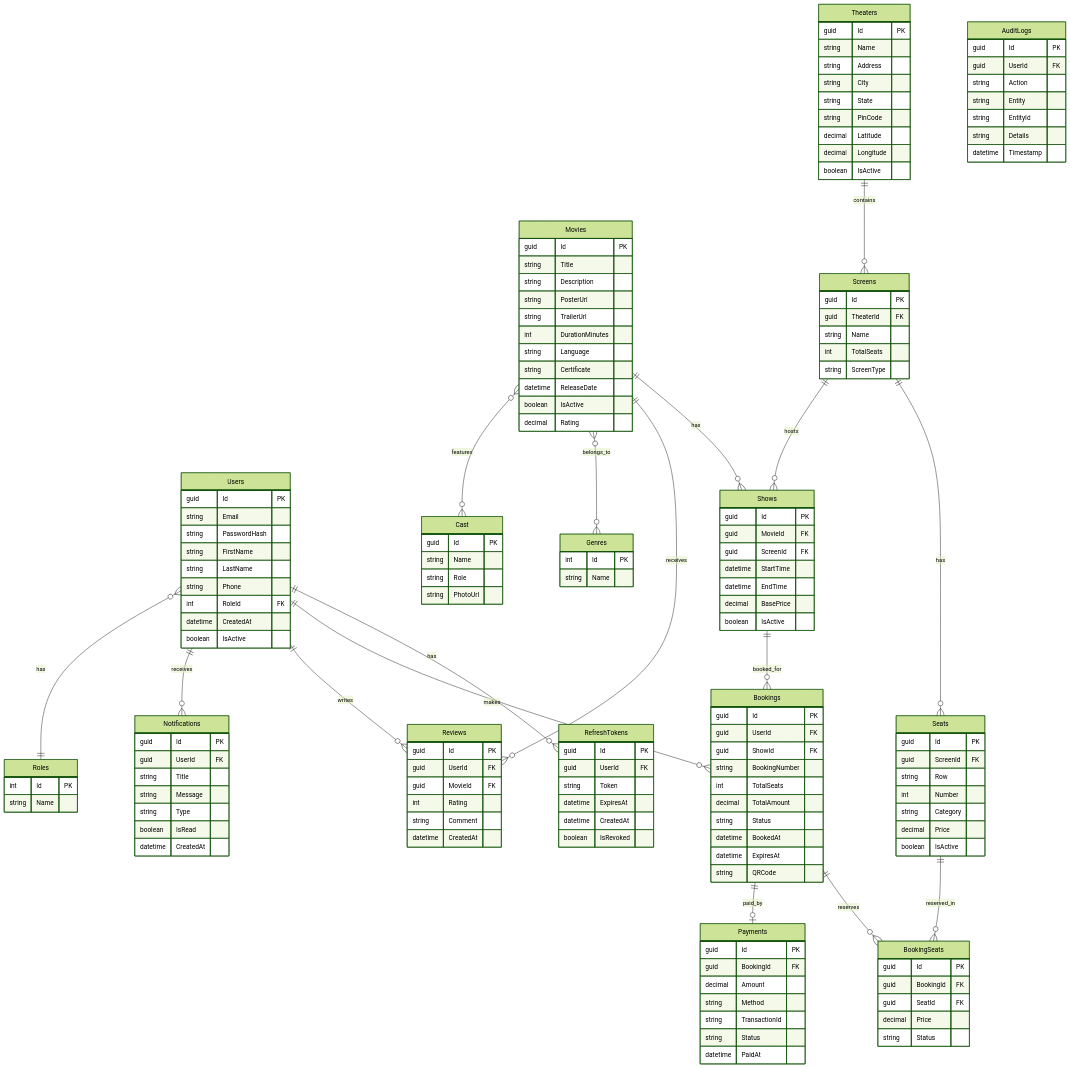
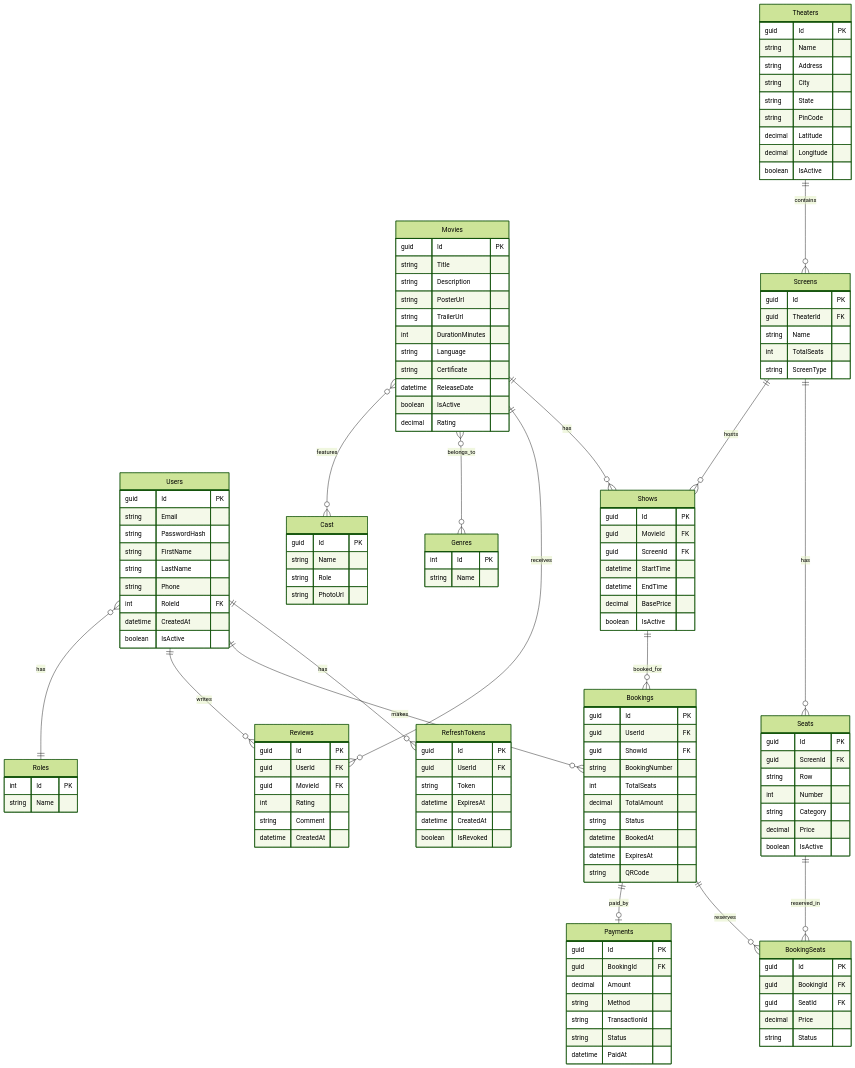
The diagram in README.md (Hetshah573/ShowSphere), drawn with Mermaid (forest theme) before and after one commit. The commit also changed other lines of this file, not shown here.

````diff
--- a/README.md
+++ b/README.md
@@ -57,7 +49,6 @@
     Users ||--o{ RefreshTokens : has
     Users ||--o{ Bookings : makes
     Users ||--o{ Reviews : writes
-    Users ||--o{ Notifications : receives
     Users }o--|| Roles : has
     
     Movies ||--o{ Shows : has
@@ -207,24 +198,4 @@
         string Comment
         datetime CreatedAt
     }
-    
-    Notifications {
-        guid Id PK
-        guid UserId FK
-        string Title
-        string Message
-        string Type
-        boolean IsRead
-        datetime CreatedAt
-    }
-    
-    AuditLogs {
-        guid Id PK
-        guid UserId FK
-        string Action
-        string Entity
-        string EntityId
-        string Details
-        datetime Timestamp
-    }
 ```
````
